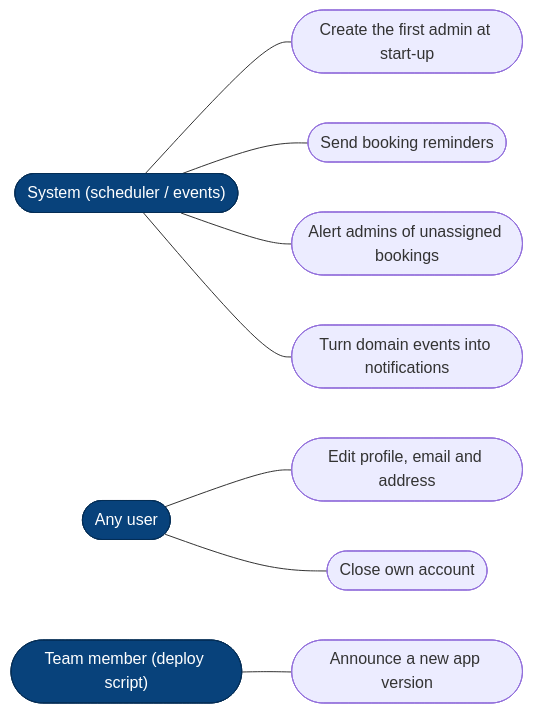
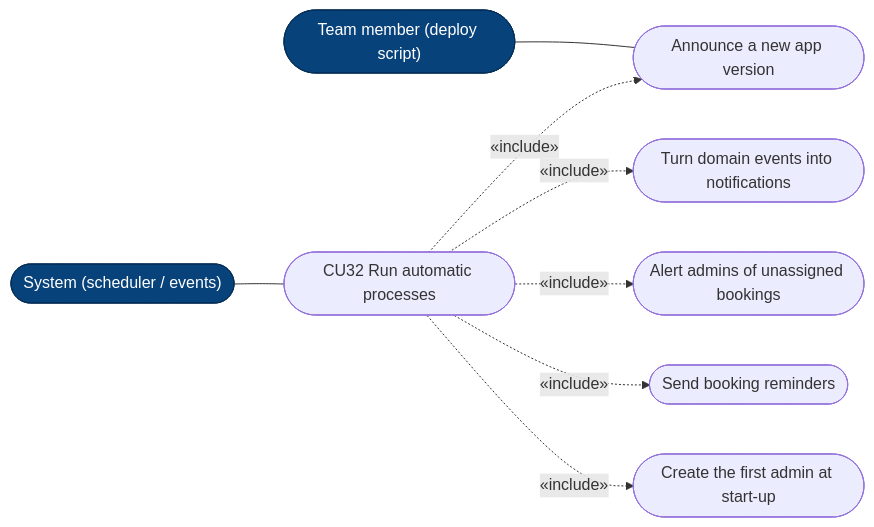
The fifth of 5 diagrams in 08-uml/diagrams/source/uc-actors.md (code-sena/vehicle-w-docs), drawn with Mermaid before and after one commit. The commit also changed other lines of this file and 2 other files, not shown here.

Commit message:
docs(uml): add CU31 and CU32 to the use cases and their backend mapping

````diff
--- a/08-uml/diagrams/source/uc-actors.md
+++ b/08-uml/diagrams/source/uc-actors.md
@@ -131,22 +135,20 @@
 ```mermaid
 flowchart LR
     S(["System (scheduler / events)"])
-    U(["Any user"])
     T(["Team member (deploy script)"])
+    CU32(["CU32 Run automatic processes"])
     P1(["Create the first admin at start-up"])
     P2(["Send booking reminders"])
     P3(["Alert admins of unassigned bookings"])
     P4(["Turn domain events into notifications"])
     P5(["Announce a new app version"])
-    P6(["Edit profile, email and address"])
-    P7(["Close own account"])
-    S --- P1
-    S --- P2
-    S --- P3
-    S --- P4
+    S --- CU32
     T --- P5
-    U --- P6
-    U --- P7
+    CU32 -. "«include»" .-> P1
+    CU32 -. "«include»" .-> P2
+    CU32 -. "«include»" .-> P3
+    CU32 -. "«include»" .-> P4
+    CU32 -. "«include»" .-> P5
     classDef actor fill:#08427b,color:#fff,stroke:#052e56
-    class S,U,T actor
+    class S,T actor
 ```
````
